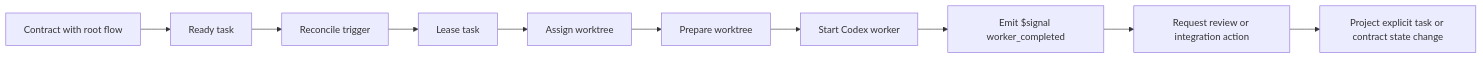
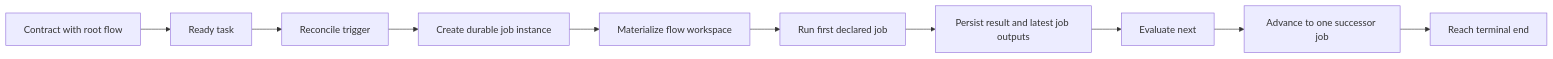
One commit to mantoni/pravaha changed the diagram in docs/reference/runtime/end-to-end-walkthrough.md. Above: the diagram before and after it, drawn with Mermaid. The commit also changed other lines of this file and 26 other files, not shown here.

Commit message:
Migrate checked-in flows to state-machine syntax

````diff
--- a/docs/reference/runtime/end-to-end-walkthrough.md
+++ b/docs/reference/runtime/end-to-end-walkthrough.md
@@ -22,12 +22,12 @@
 ```mermaid
 graph LR
   A["Contract with root flow"] --> B["Ready task"]
   B --> C["Reconcile trigger"]
-  C --> D["Lease task"]
-  D --> E["Assign worktree"]
-  E --> F["Prepare worktree"]
-  F --> G["Start Codex worker"]
-  G --> H["Emit $signal worker_completed"]
-  H --> I["Request review or integration action"]
-  I --> J["Project explicit task or contract state change"]
+  C --> D["Create durable job instance"]
+  D --> E["Materialize flow workspace"]
+  E --> F["Run first declared job"]
+  F --> G["Persist result and latest job outputs"]
+  G --> H["Evaluate next"]
+  H --> I["Advance to one successor job"]
+  I --> J["Reach terminal end"]
 ```
````
